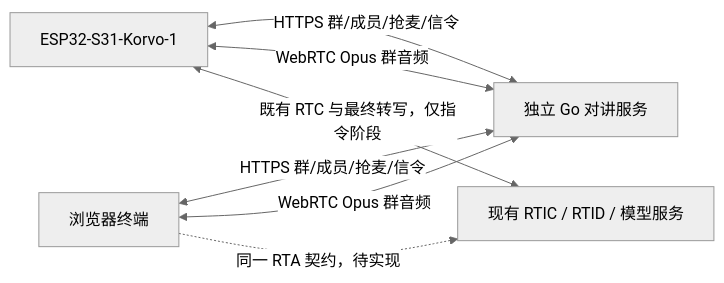
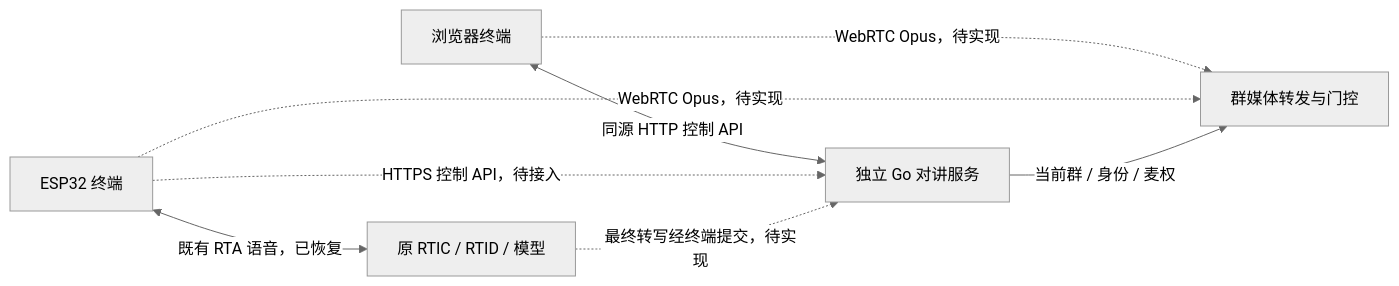
Before and after one commit to iewiad/miku-intercom: the diagram in docs/architecture.md, drawn with Mermaid (neutral theme). The commit also changed other lines of this file and 6 other files, not shown here.

Commit message:
docs: organize architecture and freeze local control API

````diff
--- a/docs/architecture.md
+++ b/docs/architecture.md
@@ -7,9 +7,10 @@
 ```mermaid
 flowchart LR
-    B[ESP32-S31-Korvo-1] <-->|HTTPS 群/成员/抢麦/信令| I[独立 Go 对讲服务]
-    W[浏览器终端] <-->|HTTPS 群/成员/抢麦/信令| I
-    B <-->|WebRTC Opus 群音频| I
-    W <-->|WebRTC Opus 群音频| I
-    B <-->|既有 RTC 与最终转写，仅指令阶段| R[现有 RTIC / RTID / 模型服务]
-    W -.->|同一 RTA 契约，待实现| R
+    W[浏览器终端] <-->|同源 HTTP 控制 API| C[独立 Go 对讲服务]
+    B[ESP32 终端] -.->|HTTPS 控制 API，待接入| C
+    W -.->|WebRTC Opus，待实现| M[群媒体转发与门控]
+    B -.->|WebRTC Opus，待实现| M
+    C -->|当前群 / 身份 / 麦权| M
+    B <-->|既有 RTA 语音，已恢复| R[原 RTIC / RTID / 模型]
+    R -.->|最终转写经终端提交，待实现| C
 ```
````
